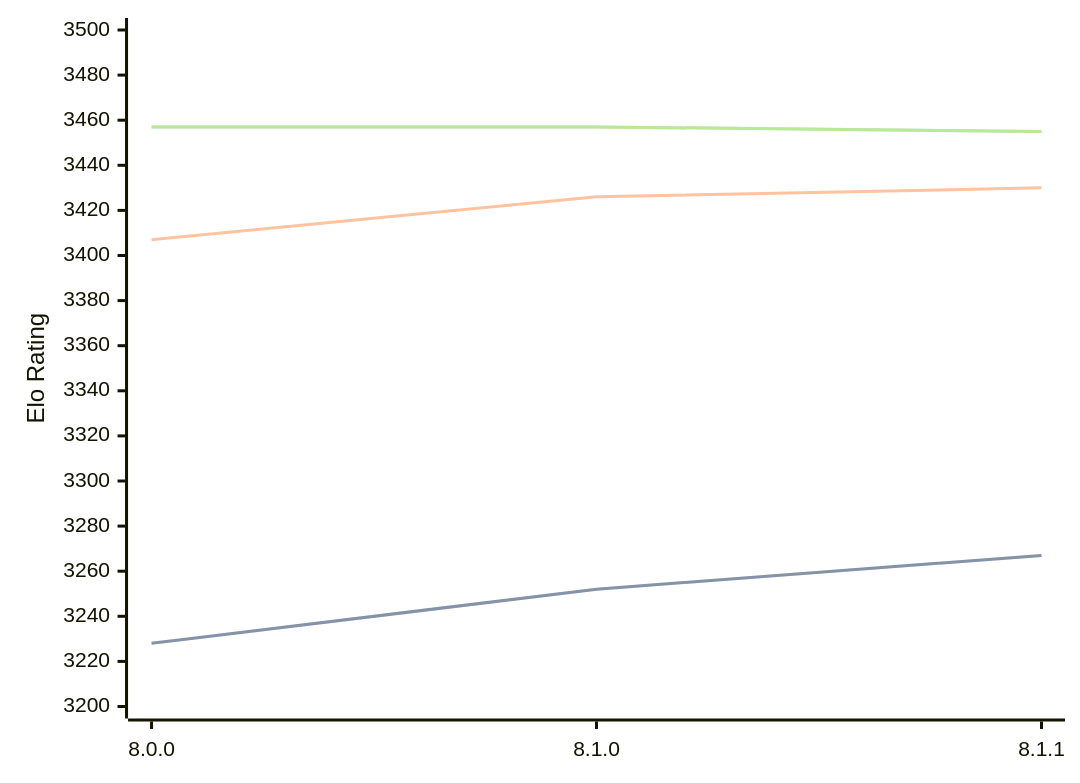
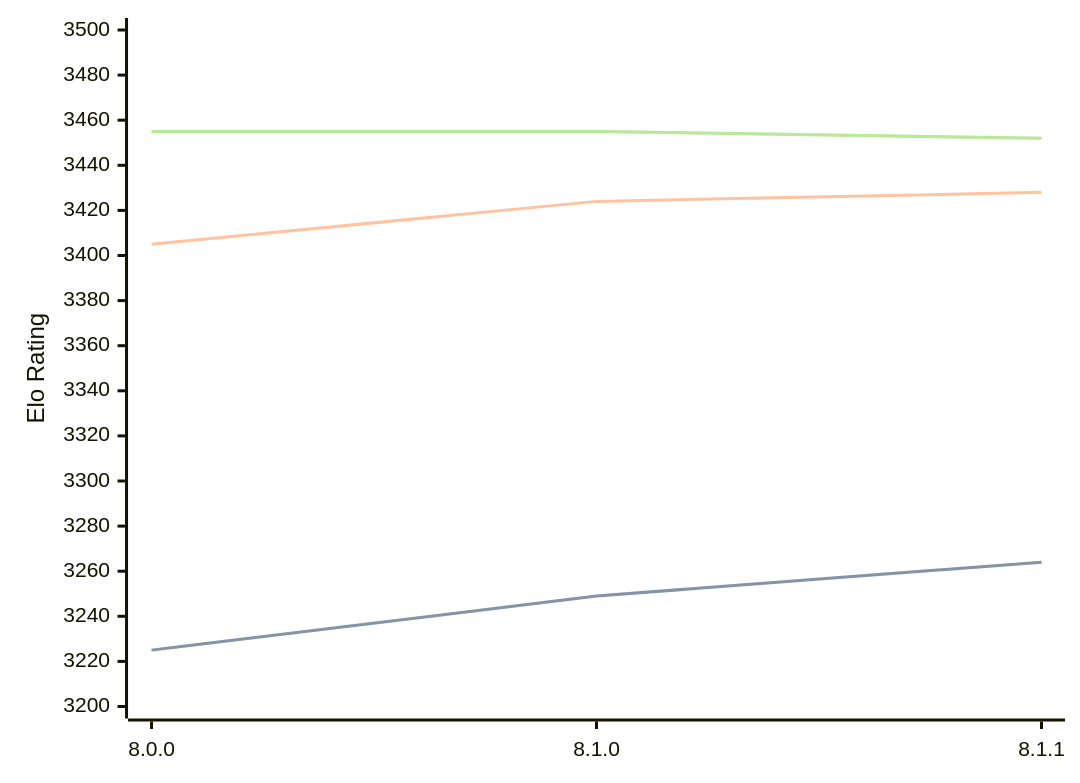
Before and after one commit to computer-chess-index/cci: the diagram in engines/Velvet.md, drawn with Mermaid. The commit also changed other lines of this file, not shown here.

Commit message:
Update CCI Ratings (ELO VLTC) - 2026-06-08

````diff
--- a/engines/Velvet.md
+++ b/engines/Velvet.md
@@ -57,11 +57,11 @@
 ```mermaid
 %%{init: {"theme":"base","themeVariables":{"seriesColors:['#a3a3a3','#222221','#faa371']}}}%%
 xychart-beta
   x-axis ["8.0.0", "8.1.0", "8.1.1"]
   y-axis "Elo Rating" 3200 --> 3500
-  line "STC (8.0+0.08s)" [3228, 3252, 3267]
-  line "STC (8.0+0.08s)" [3228, 3252, 3267]
-  line "LTC (60.0+0.60s)" [3407, 3426, 3430]
-  line "VLTC (2m24s+1.12s)" [3457, 3457, 3455]
-  line "VLTC (2m24s+1.12s)" [3457, 3457, 3455]
+  line "STC (8.0+0.08s)" [3225, 3249, 3264]
+  line "STC (8.0+0.08s)" [3225, 3249, 3264]
+  line "LTC (60.0+0.60s)" [3405, 3424, 3428]
+  line "VLTC (2m24s+1.12s)" [3455, 3455, 3452]
+  line "VLTC (2m24s+1.12s)" [3455, 3455, 3452]
 ```
````
